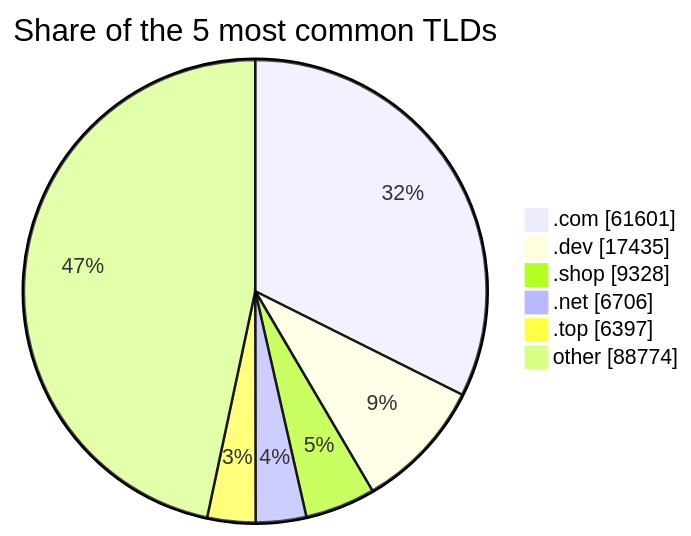
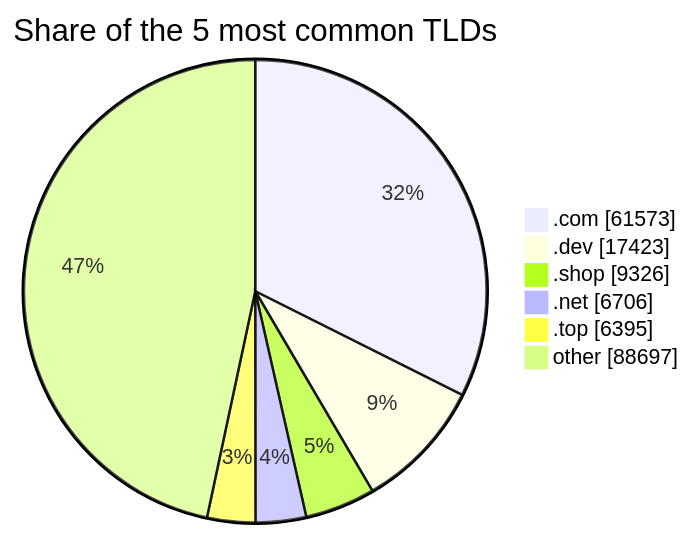
The third of 3 diagrams in README.md (DNSBunker/CTI), drawn with Mermaid before and after one commit. The commit also changed other lines of this file and 3 other files, not shown here.

````diff
--- a/README.md
+++ b/README.md
@@ -81,9 +81,9 @@
 ```mermaid
 pie showData title Share of the 5 most common TLDs
-    ".com" : 61601
-    ".dev" : 17435
-    ".shop" : 9328
+    ".com" : 61573
+    ".dev" : 17423
+    ".shop" : 9326
     ".net" : 6706
-    ".top" : 6397
-    "other" : 88774
+    ".top" : 6395
+    "other" : 88697
 ```
````
